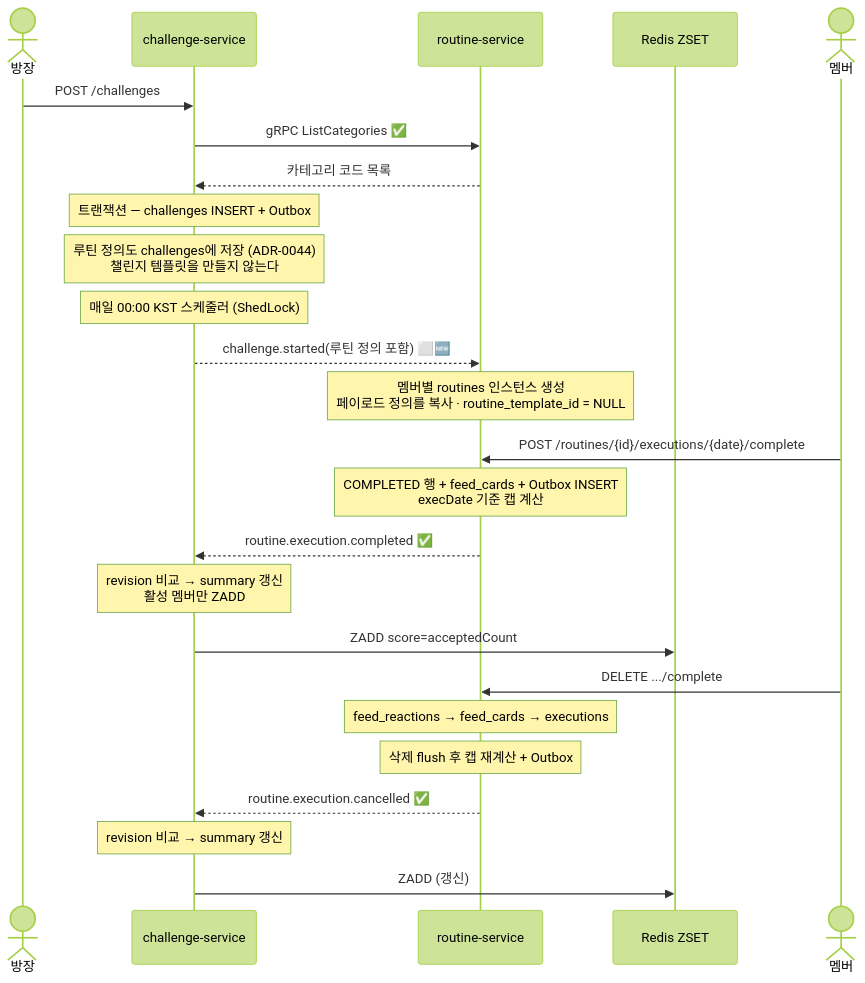
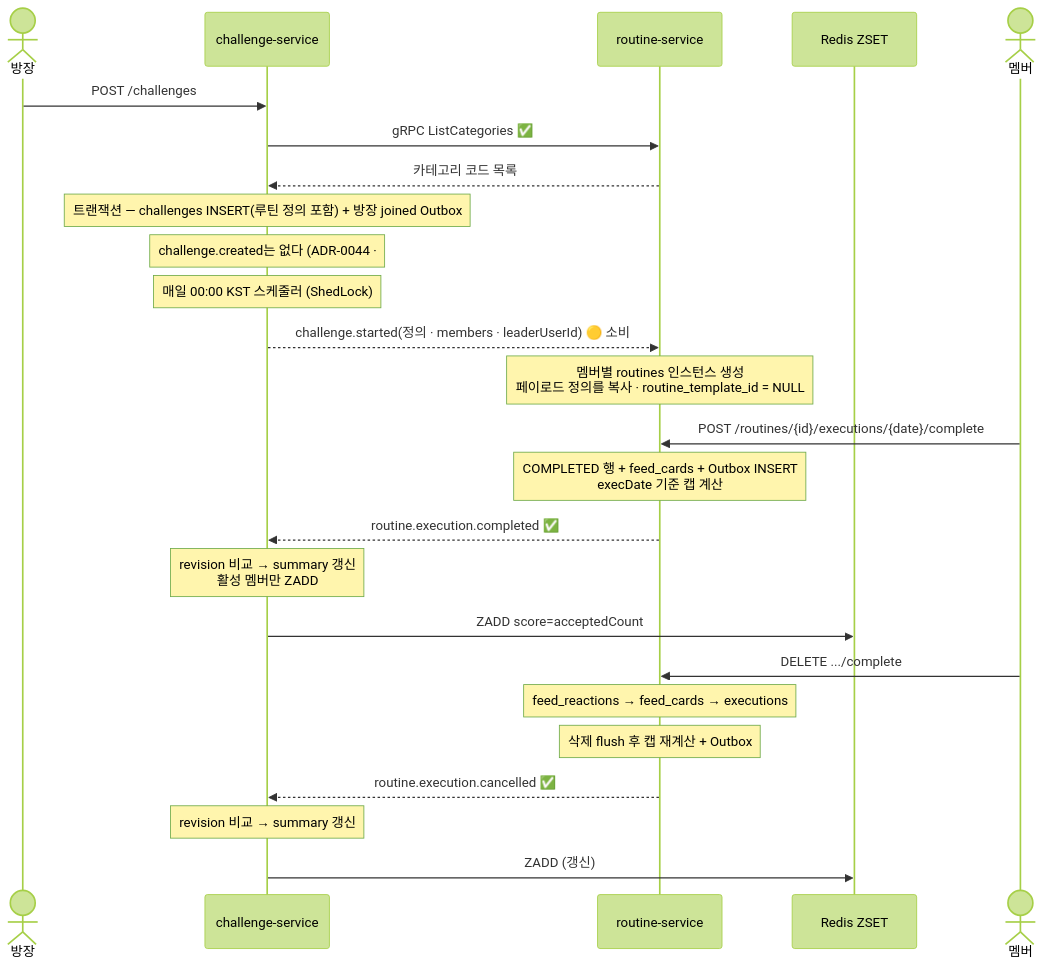
One commit to routinely-platform/routinely-backend changed the third of 4 diagrams in docs/architecture/service-interaction-map.md. Above: the diagram before and after it, drawn with Mermaid (forest theme). The commit also changed other lines of this file and 12 other files, not shown here.

````diff
--- a/docs/architecture/service-interaction-map.md
+++ b/docs/architecture/service-interaction-map.md
@@ -144,31 +147,31 @@
 ```mermaid
 sequenceDiagram
   actor L as 방장
   participant C as challenge-service
   participant R as routine-service
   participant Rd as Redis ZSET
 
   L->>C: POST /challenges
   C->>R: gRPC ListCategories ✅
   R-->>C: 카테고리 코드 목록
-  Note over C: 트랜잭션 — challenges INSERT + Outbox
-  Note over C: 루틴 정의도 challenges에 저장 (ADR-0044)<br/>챌린지 템플릿을 만들지 않는다
+  Note over C: 트랜잭션 — challenges INSERT(루틴 정의 포함) + 방장 joined Outbox
+  Note over C: challenge.created는 없다 (ADR-0044 · #167)<br/>챌린지 템플릿을 만들지 않는다
 
   Note over C: 매일 00:00 KST 스케줄러 (ShedLock)
-  C-->>R: challenge.started(루틴 정의 포함) ⬜🆕
+  C-->>R: challenge.started(정의 · members · leaderUserId) 🟡 소비 #157
   Note over R: 멤버별 routines 인스턴스 생성<br/>페이로드 정의를 복사 · routine_template_id = NULL
 
   actor M as 멤버
   M->>R: POST /routines/{id}/executions/{date}/complete
   Note over R: COMPLETED 행 + feed_cards + Outbox INSERT<br/>execDate 기준 캡 계산
   R-->>C: routine.execution.completed ✅
   Note over C: revision 비교 → summary 갱신<br/>활성 멤버만 ZADD
   C->>Rd: ZADD score=acceptedCount
 
   M->>R: DELETE .../complete
   Note over R: feed_reactions → feed_cards → executions
   Note over R: 삭제 flush 후 캡 재계산 + Outbox
   R-->>C: routine.execution.cancelled ✅
   Note over C: revision 비교 → summary 갱신
   C->>Rd: ZADD (갱신)
 ```
````
